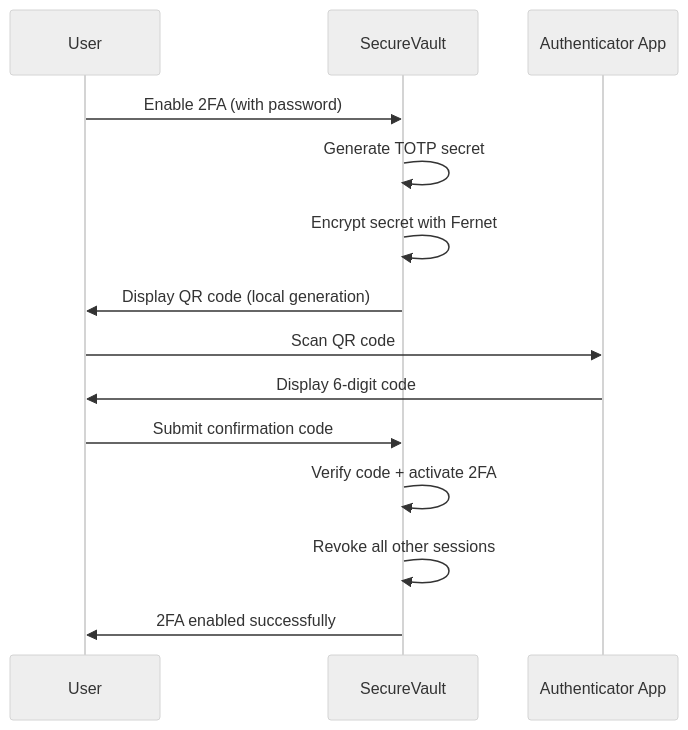
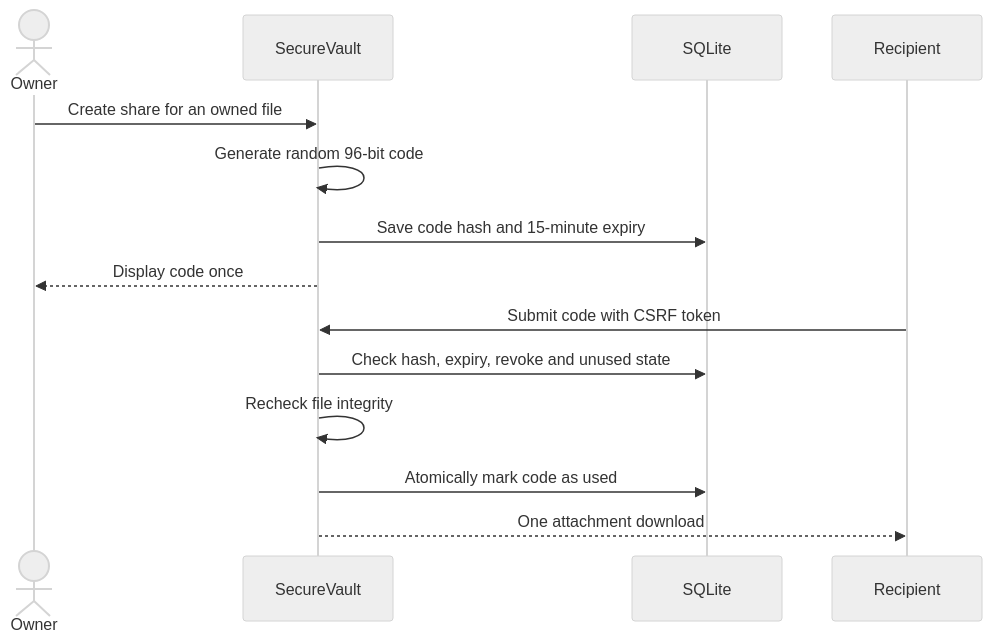
One commit to abhishekk-y/Secure-File-Upload-System changed the third of 3 diagrams in README.md. Above: the diagram before and after it, drawn with Mermaid (neutral theme). The commit also changed other lines of this file and 48 other files, not shown here.

Commit message:
Complete SecureVault project and documentation

````diff
--- a/README.md
+++ b/README.md
@@ -201,17 +189,16 @@
 ```mermaid
 sequenceDiagram
-    participant U as User
-    participant S as SecureVault
-    participant A as Authenticator App
-
-    U->>S: Enable 2FA (with password)
-    S->>S: Generate TOTP secret
-    S->>S: Encrypt secret with Fernet
-    S->>U: Display QR code (local generation)
-    U->>A: Scan QR code
-    A->>U: Display 6-digit code
-    U->>S: Submit confirmation code
-    S->>S: Verify code + activate 2FA
-    S->>S: Revoke all other sessions
-    S->>U: 2FA enabled successfully
+    actor Owner
+    participant App as SecureVault
+    participant DB as SQLite
+    participant Recipient
+    Owner->>App: Create share for an owned file
+    App->>App: Generate random 96-bit code
+    App->>DB: Save code hash and 15-minute expiry
+    App-->>Owner: Display code once
+    Recipient->>App: Submit code with CSRF token
+    App->>DB: Check hash, expiry, revoke and unused state
+    App->>App: Recheck file integrity
+    App->>DB: Atomically mark code as used
+    App-->>Recipient: One attachment download
 ```
````
